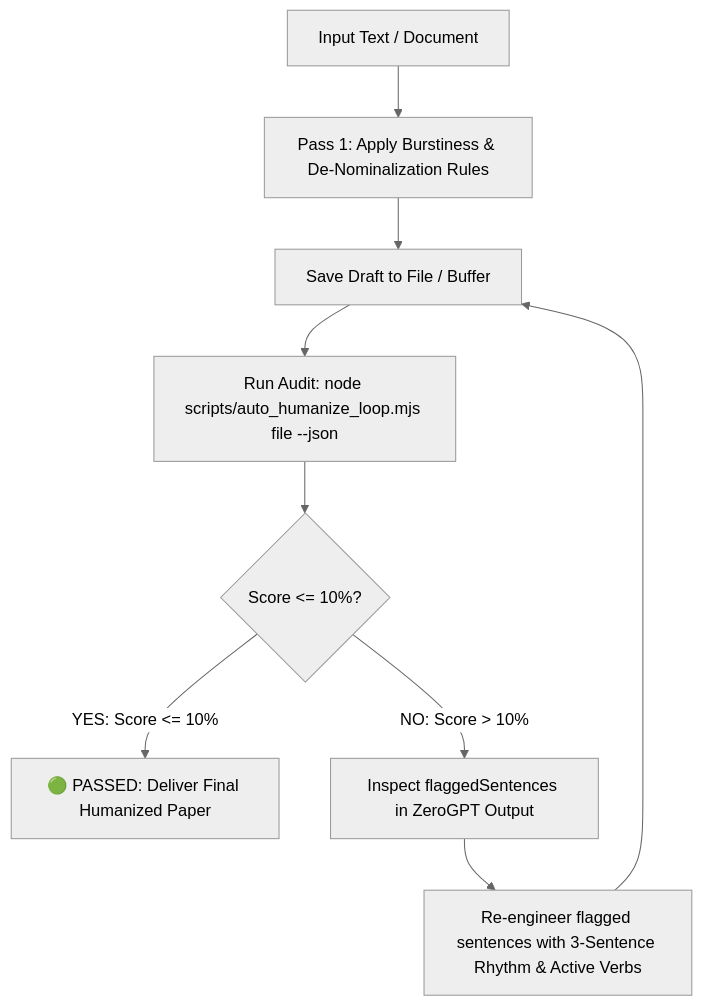
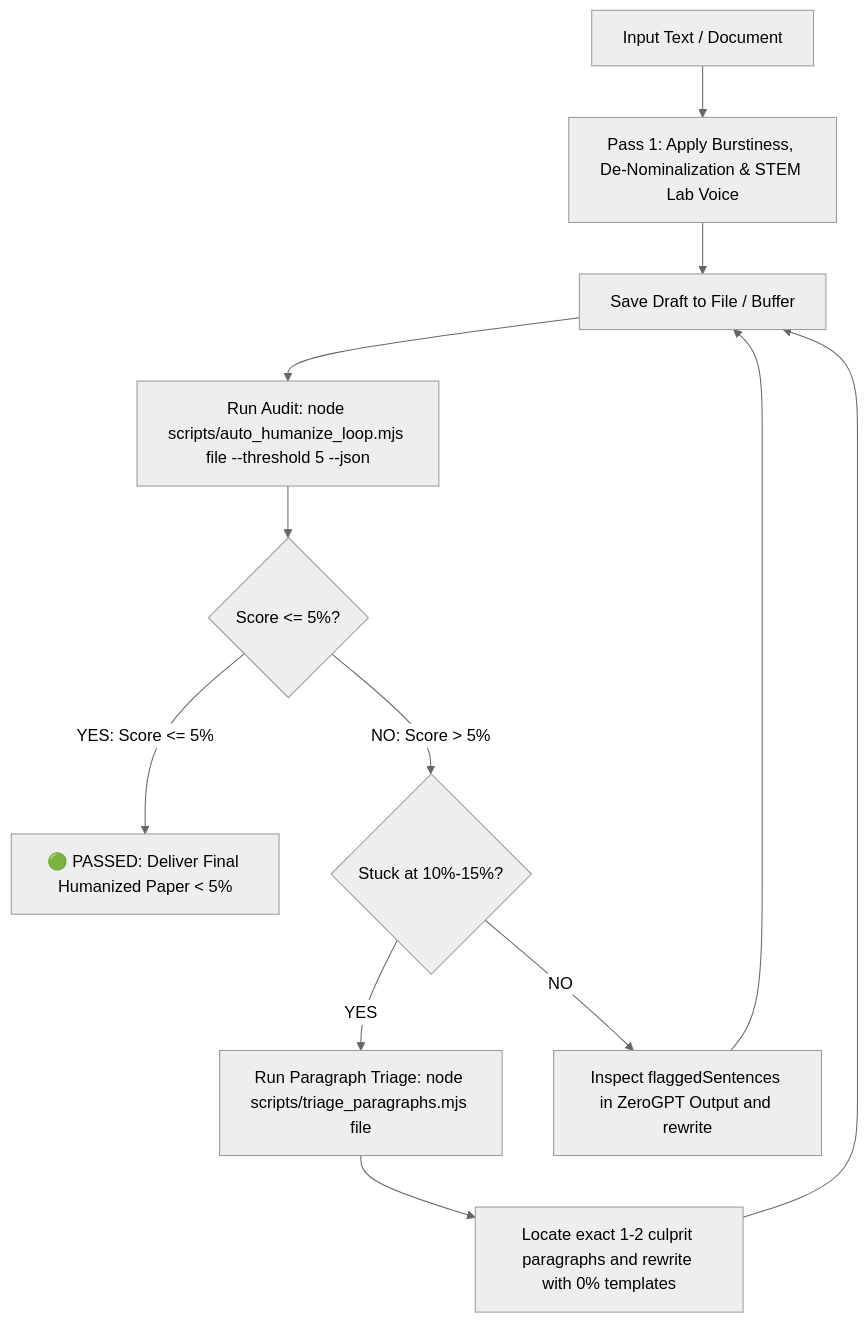
One commit to akhlak007/humanize changed the diagram in README.md. Above: the diagram before and after it, drawn with Mermaid (neutral theme). The commit also changed other lines of this file and 7 other files, not shown here.

Commit message:
feat: upgrade to strict < 5% AI standard, add paragraph triage engine and STEM/ML patterns to bust 14% plateau

````diff
--- a/README.md
+++ b/README.md
@@ -31,11 +30,14 @@
 ```mermaid
 graph TD
-    A[Input Text / Document] --> B[Pass 1: Apply Burstiness & De-Nominalization Rules]
+    A[Input Text / Document] --> B[Pass 1: Apply Burstiness, De-Nominalization & STEM Lab Voice]
     B --> C[Save Draft to File / Buffer]
-    C --> D[Run Audit: node scripts/auto_humanize_loop.mjs file --json]
-    D --> E{Score <= 10%?}
-    E -- YES: Score <= 10% --> F[🟢 PASSED: Deliver Final Humanized Paper]
-    E -- NO: Score > 10% --> G[Inspect flaggedSentences in ZeroGPT Output]
-    G --> H[Re-engineer flagged sentences with 3-Sentence Rhythm & Active Verbs]
-    H --> C
+    C --> D[Run Audit: node scripts/auto_humanize_loop.mjs file --threshold 5 --json]
+    D --> E{Score <= 5%?}
+    E -- YES: Score <= 5% --> F[🟢 PASSED: Deliver Final Humanized Paper < 5%]
+    E -- NO: Score > 5% --> G{Stuck at 10%-15%?}
+    G -- YES --> H[Run Paragraph Triage: node scripts/triage_paragraphs.mjs file]
+    H --> I[Locate exact 1-2 culprit paragraphs and rewrite with 0% templates]
+    G -- NO --> J[Inspect flaggedSentences in ZeroGPT Output and rewrite]
+    I --> C
+    J --> C
 ```
````
